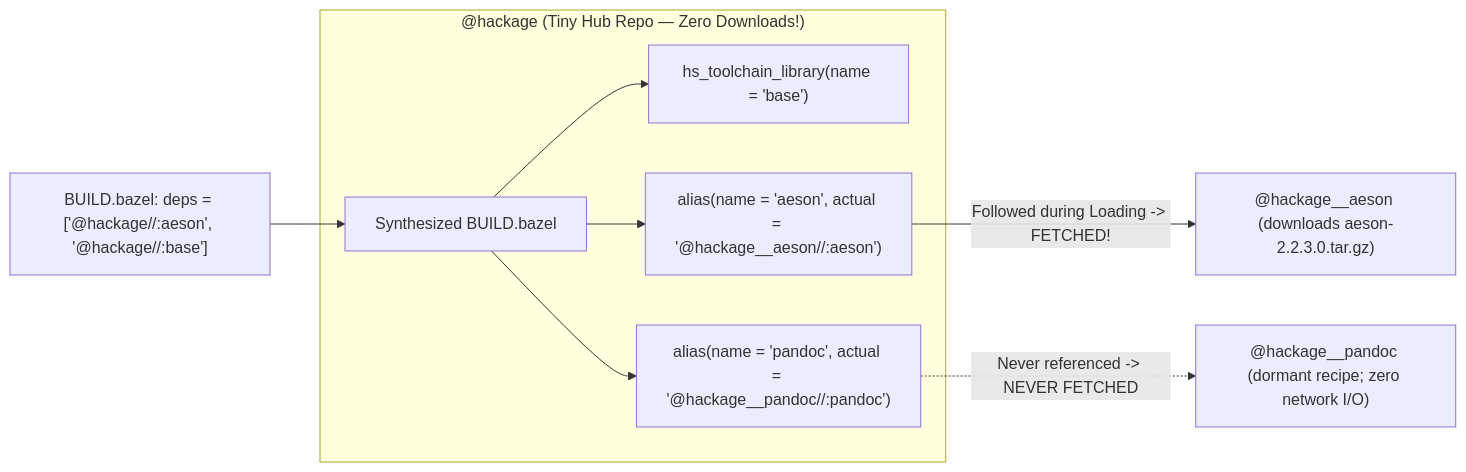
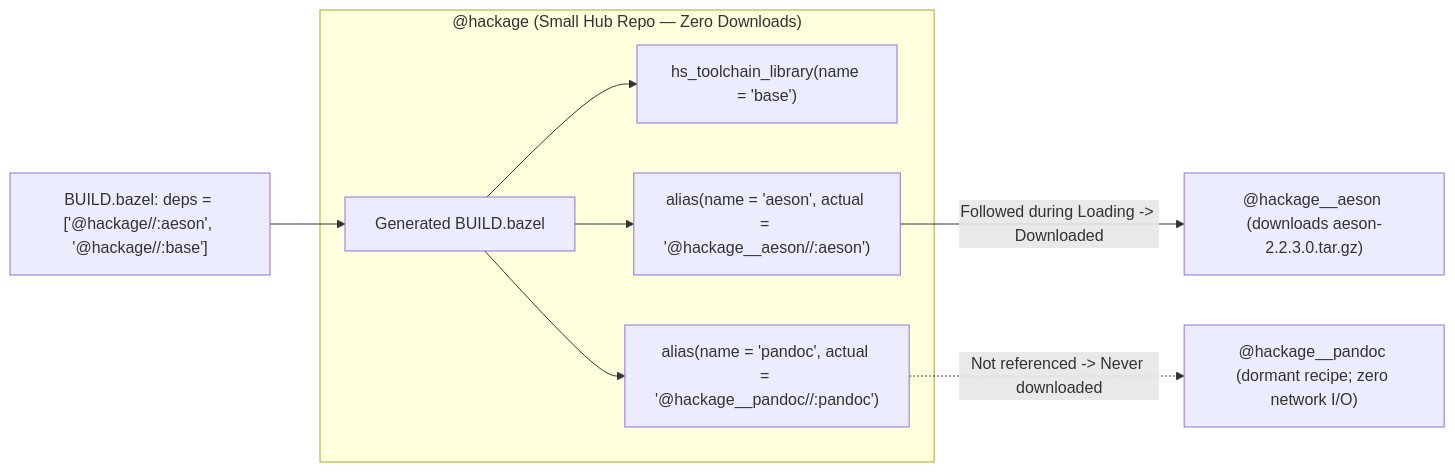
The second of 4 diagrams in docs/content/internals/bazel-rules-primer.md (kaycebasques/hs), drawn with Mermaid before and after one commit. The commit also changed other lines of this file and 3 other files, not shown here.

````diff
--- a/docs/content/internals/bazel-rules-primer.md
+++ b/docs/content/internals/bazel-rules-primer.md
@@ -222,17 +254,17 @@
 ```mermaid
 flowchart LR
     USER["BUILD.bazel: deps = ['@hackage//:aeson', '@hackage//:base']"] --> HUB
 
-    subgraph HubRepo["@hackage (Tiny Hub Repo — Zero Downloads!)"]
-        HUB["Synthesized BUILD.bazel"]
+    subgraph HubRepo["@hackage (Small Hub Repo — Zero Downloads)"]
+        HUB["Generated BUILD.bazel"]
         B1["hs_toolchain_library(name = 'base')"]
         A1["alias(name = 'aeson', actual = '@hackage__aeson//:aeson')"]
         A2["alias(name = 'pandoc', actual = '@hackage__pandoc//:pandoc')"]
         HUB --> B1
         HUB --> A1
         HUB --> A2
     end
 
-    A1 -->|"Followed during Loading -> FETCHED!"| SPOKE1["@hackage__aeson (downloads aeson-2.2.3.0.tar.gz)"]
-    A2 -.->|"Never referenced -> NEVER FETCHED"| SPOKE2["@hackage__pandoc (dormant recipe; zero network I/O)"]
+    A1 -->|"Followed during Loading -> Downloaded"| SPOKE1["@hackage__aeson (downloads aeson-2.2.3.0.tar.gz)"]
+    A2 -.->|"Not referenced -> Never downloaded"| SPOKE2["@hackage__pandoc (dormant recipe; zero network I/O)"]
 ```
````
